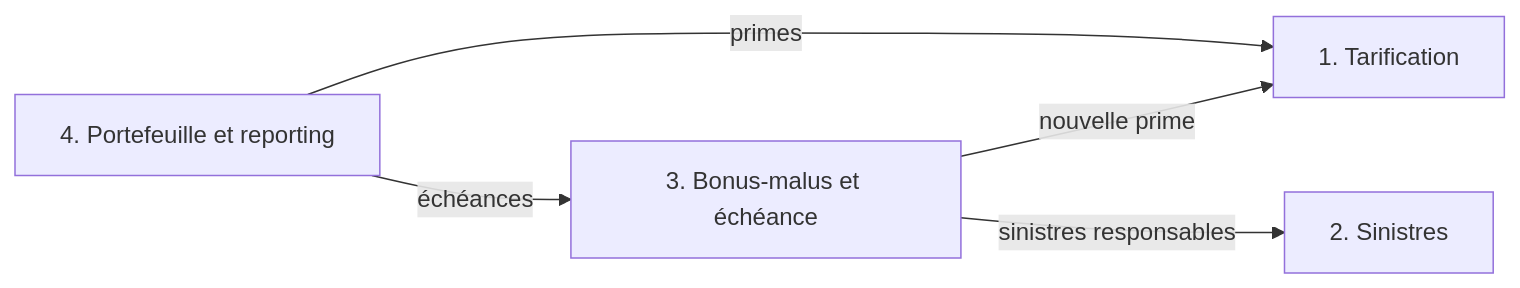
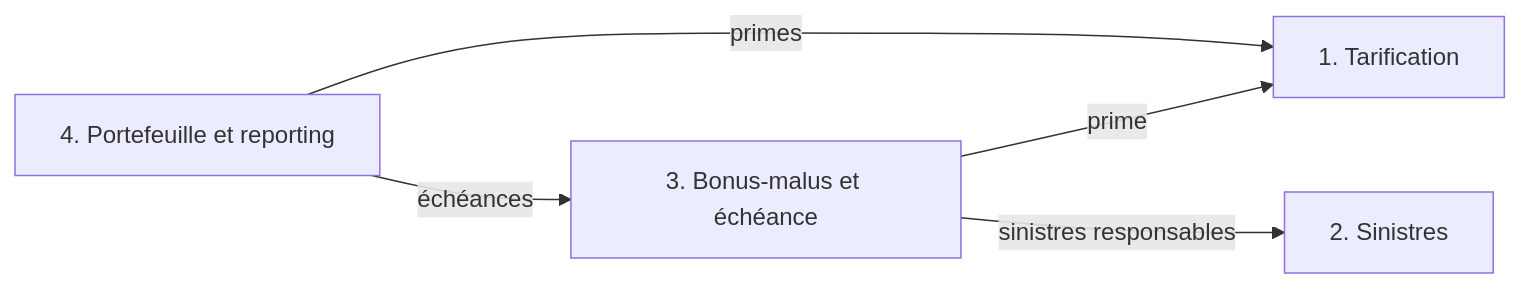
Before and after one commit to ounzin/poa: the second of 2 diagrams in projet/PROJET.md, drawn with Mermaid. The commit also changed other lines of this file and 1 other file, not shown here.

````diff
--- a/projet/PROJET.md
+++ b/projet/PROJET.md
@@ -59,11 +59,11 @@
 ```mermaid
 flowchart LR
     T[1. Tarification]
     S[2. Sinistres]
     B[3. Bonus-malus et échéance]
     P[4. Portefeuille et reporting]
     B -- sinistres responsables --> S
-    B -- nouvelle prime --> T
+    B -- prime --> T
     P -- primes --> T
     P -- échéances --> B
 ```
````
